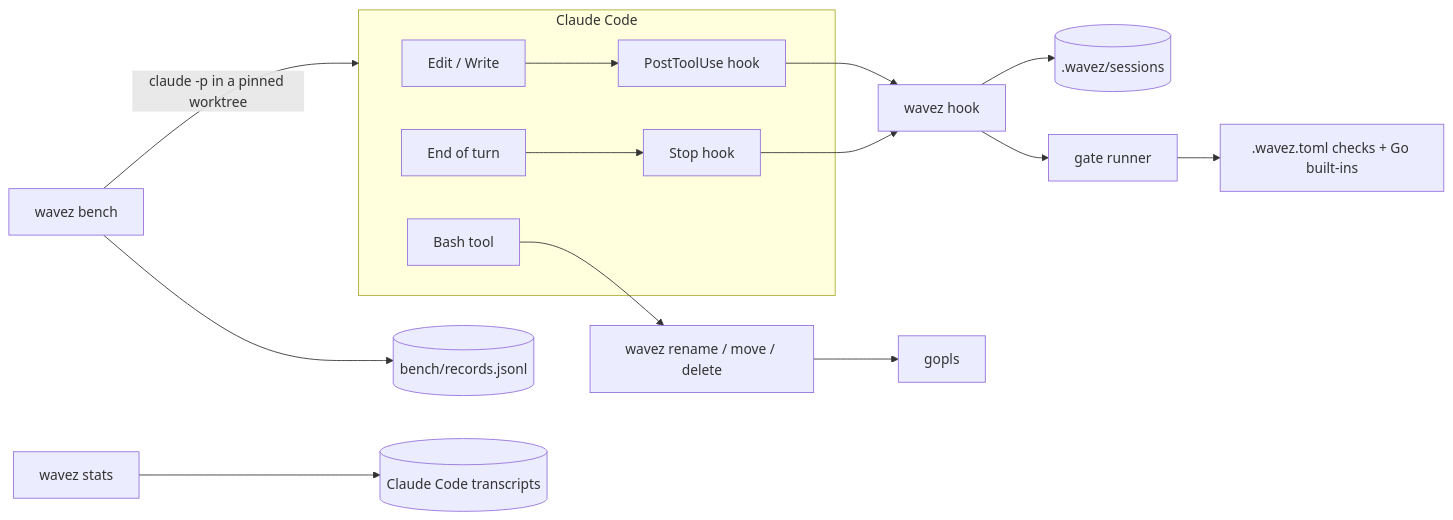
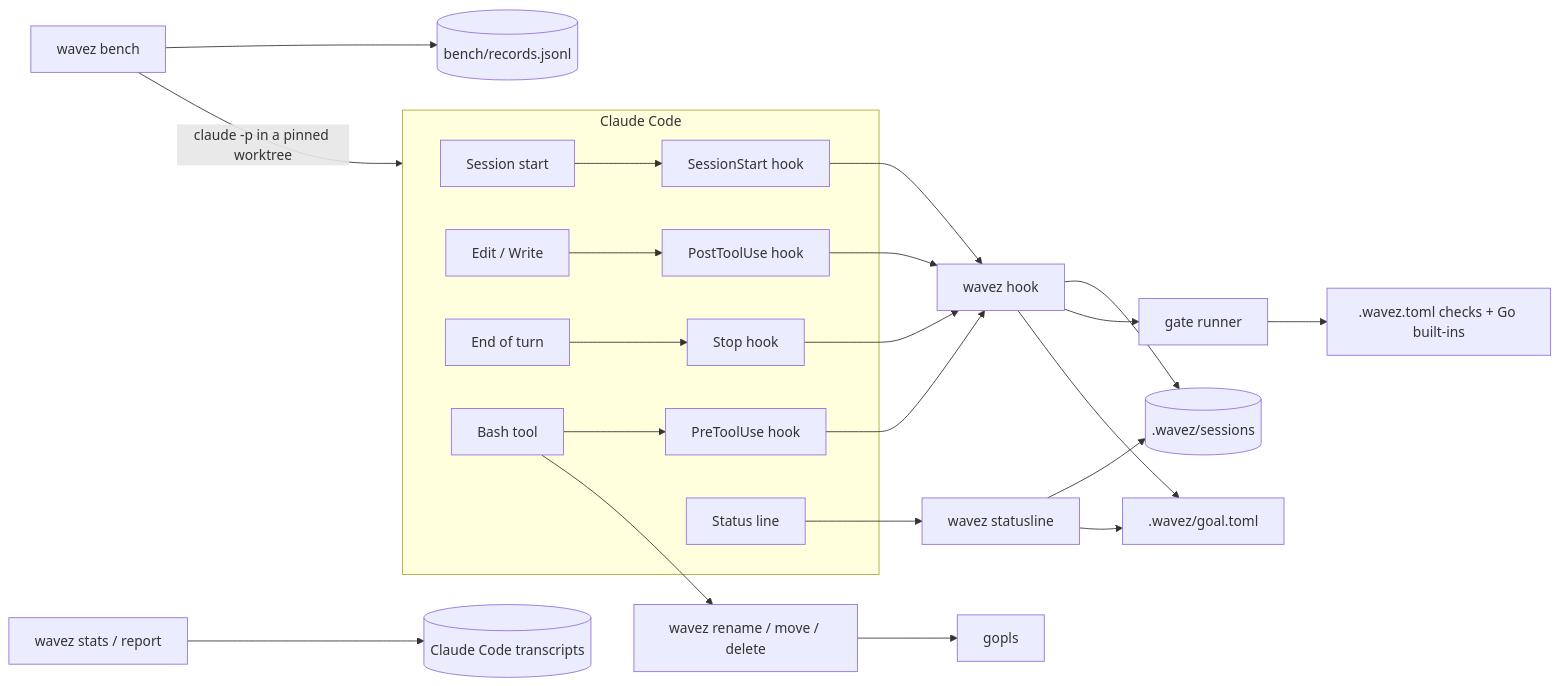
One commit to KyleKing/wavez changed the diagram in DESIGN.md. Above: the diagram before and after it, drawn with Mermaid. The commit also changed other lines of this file and 5 other files, not shown here.

````diff
--- a/DESIGN.md
+++ b/DESIGN.md
@@ -47,18 +48,26 @@
 ```mermaid
 flowchart LR
     subgraph harness [Claude Code]
+        Start[Session start] --> SS[SessionStart hook]
         Edit[Edit / Write] --> Post[PostToolUse hook]
         Turn[End of turn] --> Stop[Stop hook]
-        Bash[Bash tool]
+        Bash[Bash tool] --> Pre[PreToolUse hook]
+        Line[Status line]
     end
-    Post --> H[wavez hook]
+    SS --> H[wavez hook]
+    Post --> H
     Stop --> H
+    Pre --> H
     H --> S[(.wavez/sessions)]
     H --> G[gate runner]
+    H --> Goal[.wavez/goal.toml]
     G --> C[.wavez.toml checks + Go built-ins]
     Bash --> R[wavez rename / move / delete]
     R --> gopls
+    Line --> SL[wavez statusline]
+    SL --> S
+    SL --> Goal
     B[wavez bench] -->|claude -p in a pinned worktree| harness
     B --> Rec[(bench/records.jsonl)]
-    T[wavez stats] --> Tr[(Claude Code transcripts)]
+    T[wavez stats / report] --> Tr[(Claude Code transcripts)]
 ```
````
